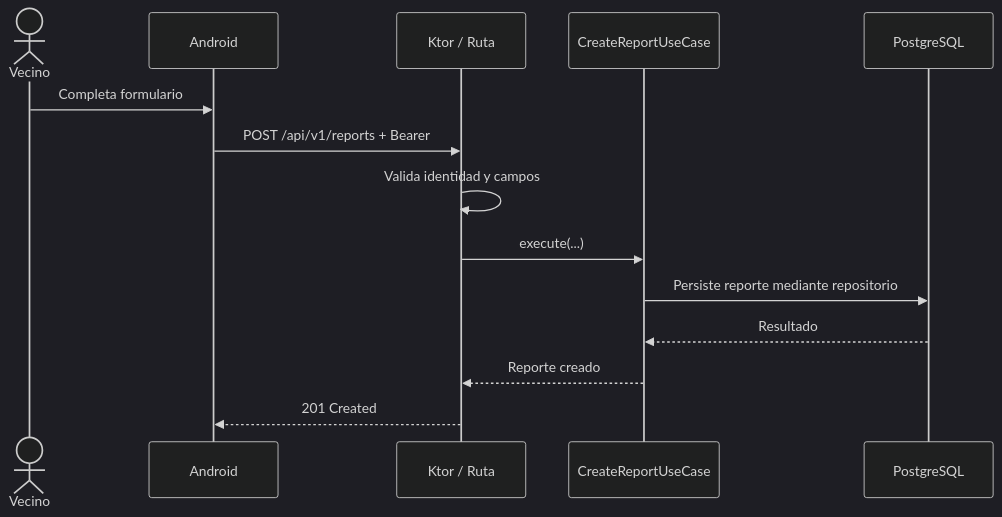
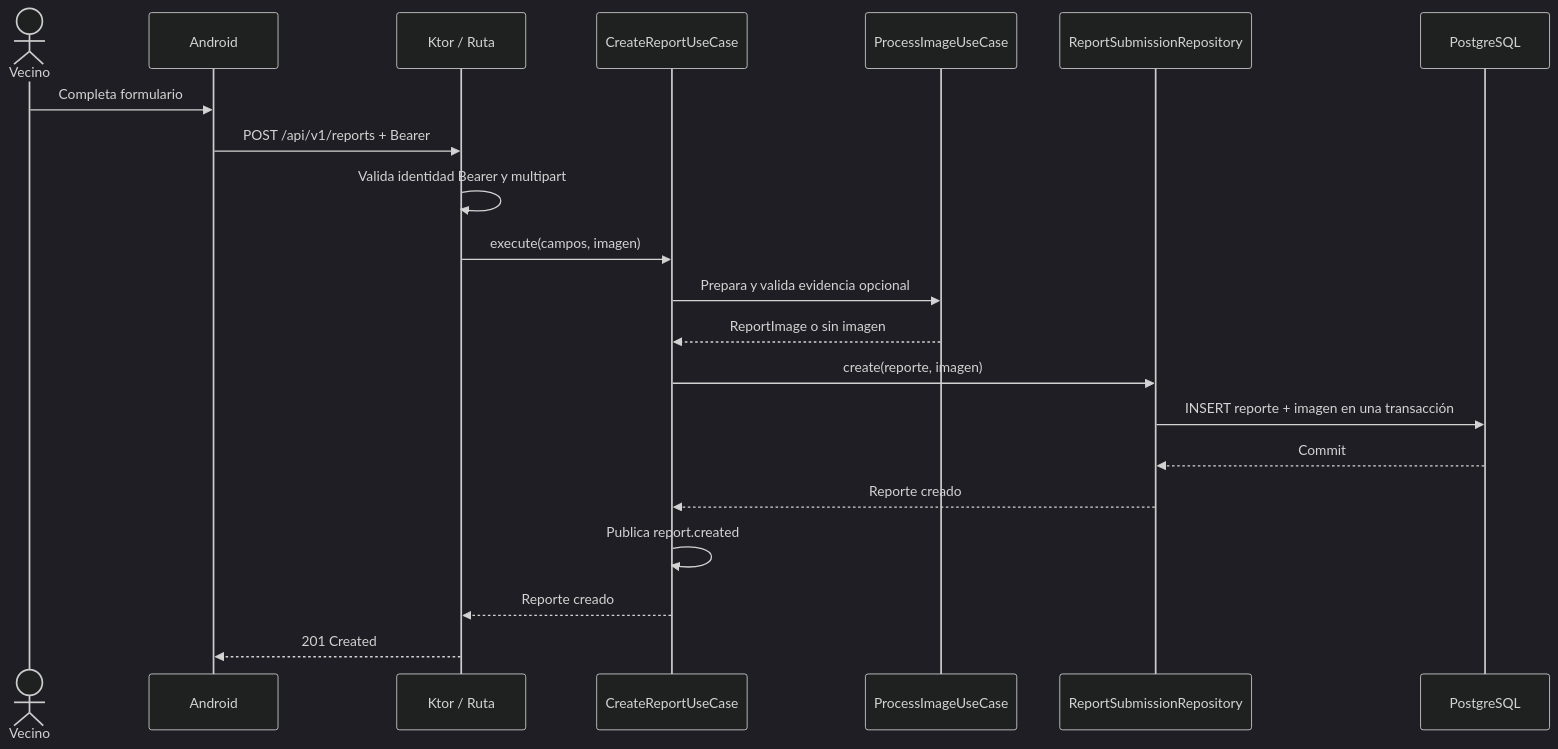
Before and after one commit to ZeroVeCC/MapaUrbano-backend-ktor: the third of 3 diagrams in docs/modelado-software/05-diagramas.md, drawn with Mermaid (dark theme). The commit also changed other lines of this file and 8 other files, not shown here.

````diff
--- a/docs/modelado-software/05-diagramas.md
+++ b/docs/modelado-software/05-diagramas.md
@@ -33,16 +33,23 @@
 ```mermaid
 sequenceDiagram
   actor Vecino
   participant Android
   participant API as Ktor / Ruta
   participant Caso as CreateReportUseCase
+  participant Imagen as ProcessImageUseCase
+  participant Repo as ReportSubmissionRepository
   participant DB as PostgreSQL
   Vecino->>Android: Completa formulario
   Android->>API: POST /api/v1/reports + Bearer
-  API->>API: Valida identidad y campos
-  API->>Caso: execute(...)
-  Caso->>DB: Persiste reporte mediante repositorio
-  DB-->>Caso: Resultado
+  API->>API: Valida identidad Bearer y multipart
+  API->>Caso: execute(campos, imagen)
+  Caso->>Imagen: Prepara y valida evidencia opcional
+  Imagen-->>Caso: ReportImage o sin imagen
+  Caso->>Repo: create(reporte, imagen)
+  Repo->>DB: INSERT reporte + imagen en una transacción
+  DB-->>Repo: Commit
+  Repo-->>Caso: Reporte creado
+  Caso->>Caso: Publica report.created
   Caso-->>API: Reporte creado
   API-->>Android: 201 Created
 ```
````
